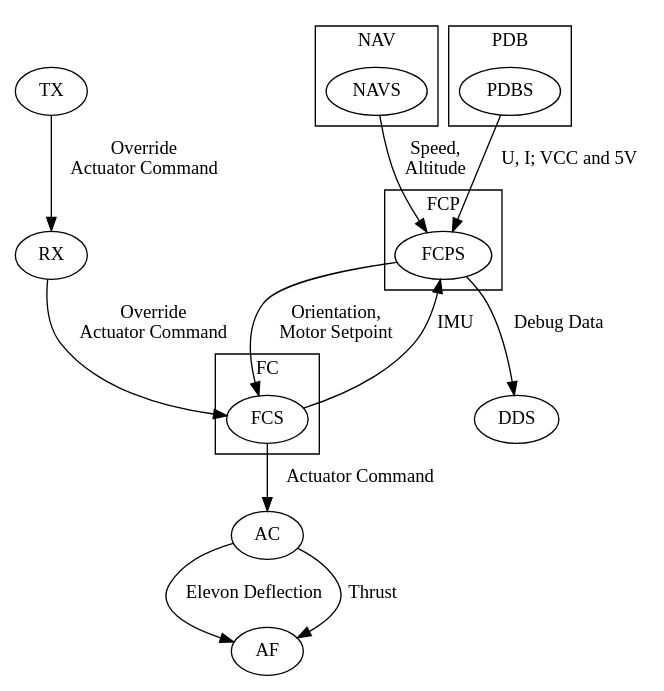
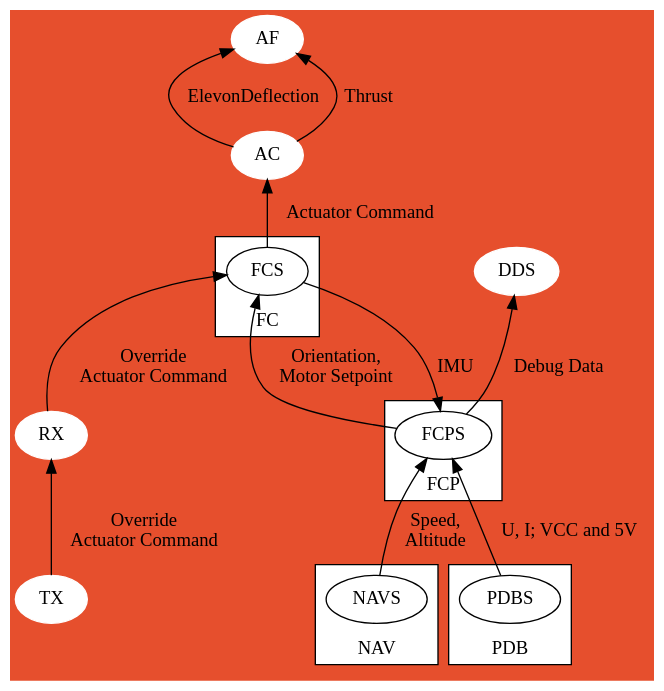
The diagram in chapters/02_requirements/02_system.dot (ToolboxPlane/Design), drawn with Graphviz before and after one commit. The commit also changed 15 other files, not shown here.

```diff
--- a/chapters/02_requirements/02_system.dot
+++ b/chapters/02_requirements/02_system.dot
@@ -1,67 +1,90 @@
 digraph {
+   rankdir = "BT";
+   bgcolor = "#E64F2D";
+
    subgraph clusterFCP {
       label="FCP"
+      bgcolor="white";
       FCPS
    }
 
    subgraph clusterFC {
       label="FC"
+      bgcolor="white";
       FCS;
    }
 
    subgraph clusterNAV {
       label="NAV"
+      bgcolor="white";
       NAVS;    
    }
 
    subgraph clusterPDB {
       label="PDB"
-      PDBS
+      bgcolor="white";
+      PDBS;
    }
 
-   AF;
-   AC;
-   RX;
-   TX;
+   AF [
+      style="filled"; 
+      color ="white";
+   ];
+   AC [
+      style="filled"; 
+      color="white";
+   ]
+   RX [
+      style="filled"; 
+      color="white";
+   ]
+   TX [
+      style="filled"; 
+      color="white";
+   ]
+   DDS [
+      style="filled"; 
+      color="white";
+   ]
 
    FCS -> FCPS [
       label = "IMU"
    ]
 
    FCPS -> FCS [
       label = "Orientation,\nMotor Setpoint"
    ]
 
    NAVS -> FCPS [
       label = "Speed,\nAltitude"
    ]
 
    PDBS -> FCPS [
       label = "U, I; VCC and 5V"
    ]
 
    TX -> RX [
       label = "Override\nActuator Command"
    ];
 
    RX -> FCS [
       label = "Override\nActuator Command"
    ];
 
    FCS -> AC [
       label = "Actuator Command"
    ]
 
    AC -> AF [
-      label = "Elevon Deflection"
+      label = "ElevonDeflection"
    ]
 
    AC -> AF [
       label = "Thrust"
    ]
 
    FCPS -> DDS [
       label = "Debug Data"
    ]
 
 }
```
